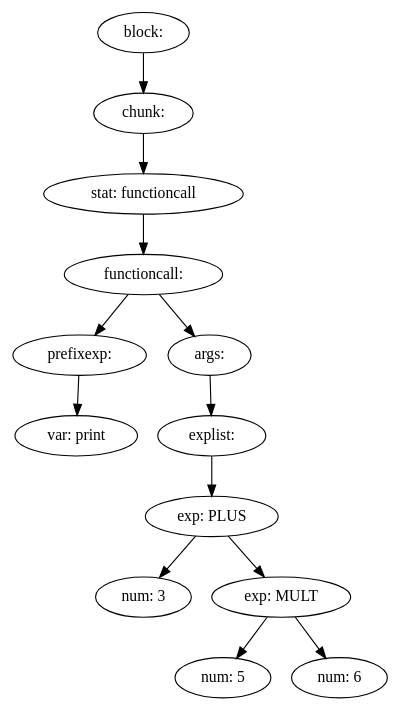
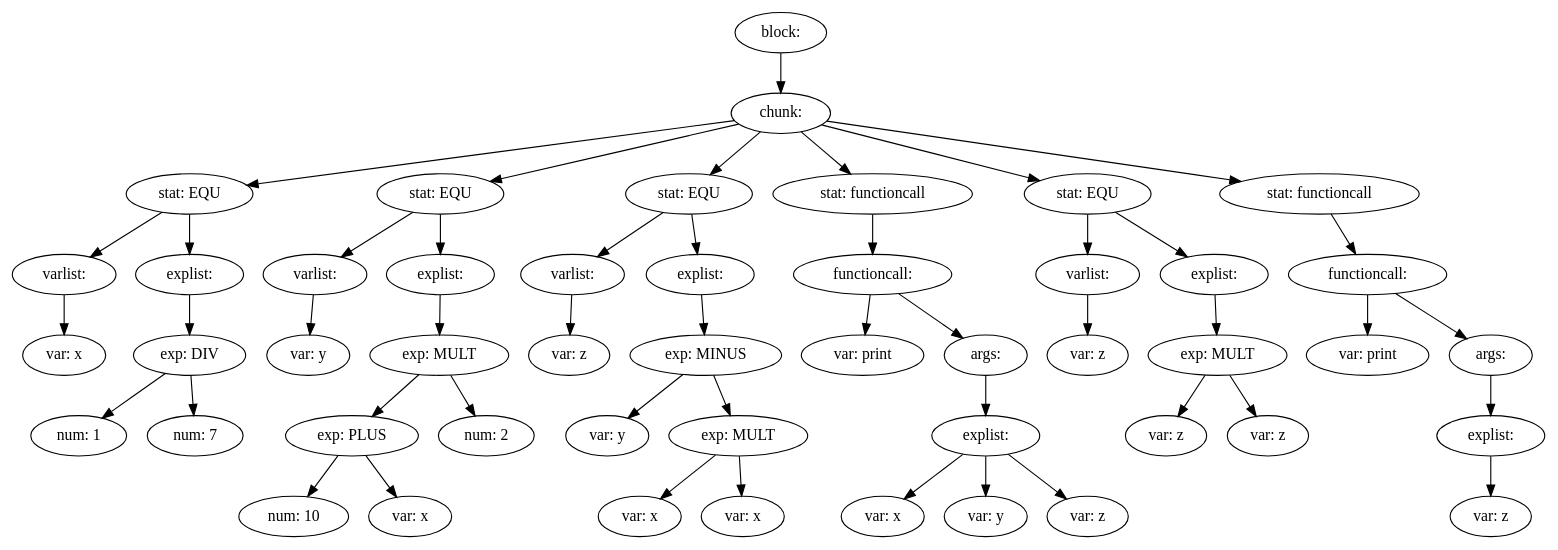
The diagram in ass1-int/source.md (Inkaru/compiler), drawn with Graphviz before and after one commit. The commit also changed 7 other files, not shown here.

````diff
--- a/ass1-int/source.md
+++ b/ass1-int/source.md
@@ -1,29 +1,99 @@
 ```graphviz
 digraph {
-12 [label="block: "];
+47 [label="block: "];
+47 -> 7
+7 [label="chunk: "];
+7 -> 6
+7 -> 16
+7 -> 25
+7 -> 33
+7 -> 40
+7 -> 46
+6 [label="stat: EQU"];
+6 -> 1
+6 -> 5
+1 [label="varlist: "];
+1 -> 0
+0 [label="var: x"];
+5 [label="explist: "];
+5 -> 4
+4 [label="exp: DIV"];
+4 -> 2
+4 -> 3
+2 [label="num: 1"];
+3 [label="num: 7"];
+16 [label="stat: EQU"];
+16 -> 9
+16 -> 15
+9 [label="varlist: "];
+9 -> 8
+8 [label="var: y"];
+15 [label="explist: "];
+15 -> 14
+14 [label="exp: MULT"];
+14 -> 12
+14 -> 13
+12 [label="exp: PLUS"];
+12 -> 10
 12 -> 11
-11 [label="chunk: "];
-11 -> 10
-10 [label="stat: functioncall"];
-10 -> 9
-9 [label="functioncall: "];
-9 -> 1
-9 -> 8
-1 [label="prefixexp: "];
-1 -> 0
-0 [label="var: print"];
-8 [label="args: "];
-8 -> 7
-7 [label="explist: "];
-7 -> 6
-6 [label="exp: PLUS"];
-6 -> 2
-6 -> 5
-2 [label="num: 3"];
-5 [label="exp: MULT"];
-5 -> 3
-5 -> 4
-3 [label="num: 5"];
-4 [label="num: 6"];
+10 [label="num: 10"];
+11 [label="var: x"];
+13 [label="num: 2"];
+25 [label="stat: EQU"];
+25 -> 18
+25 -> 24
+18 [label="varlist: "];
+18 -> 17
+17 [label="var: z"];
+24 [label="explist: "];
+24 -> 23
+23 [label="exp: MINUS"];
+23 -> 19
+23 -> 22
+19 [label="var: y"];
+22 [label="exp: MULT"];
+22 -> 20
+22 -> 21
+20 [label="var: x"];
+21 [label="var: x"];
+33 [label="stat: functioncall"];
+33 -> 32
+32 [label="functioncall: "];
+32 -> 26
+32 -> 31
+26 [label="var: print"];
+31 [label="args: "];
+31 -> 28
+28 [label="explist: "];
+28 -> 27
+28 -> 29
+28 -> 30
+27 [label="var: x"];
+29 [label="var: y"];
+30 [label="var: z"];
+40 [label="stat: EQU"];
+40 -> 35
+40 -> 39
+35 [label="varlist: "];
+35 -> 34
+34 [label="var: z"];
+39 [label="explist: "];
+39 -> 38
+38 [label="exp: MULT"];
+38 -> 36
+38 -> 37
+36 [label="var: z"];
+37 [label="var: z"];
+46 [label="stat: functioncall"];
+46 -> 45
+45 [label="functioncall: "];
+45 -> 41
+45 -> 44
+41 [label="var: print"];
+44 [label="args: "];
+44 -> 43
+43 [label="explist: "];
+43 -> 42
+42 [label="var: z"];
 }
 ```
````
